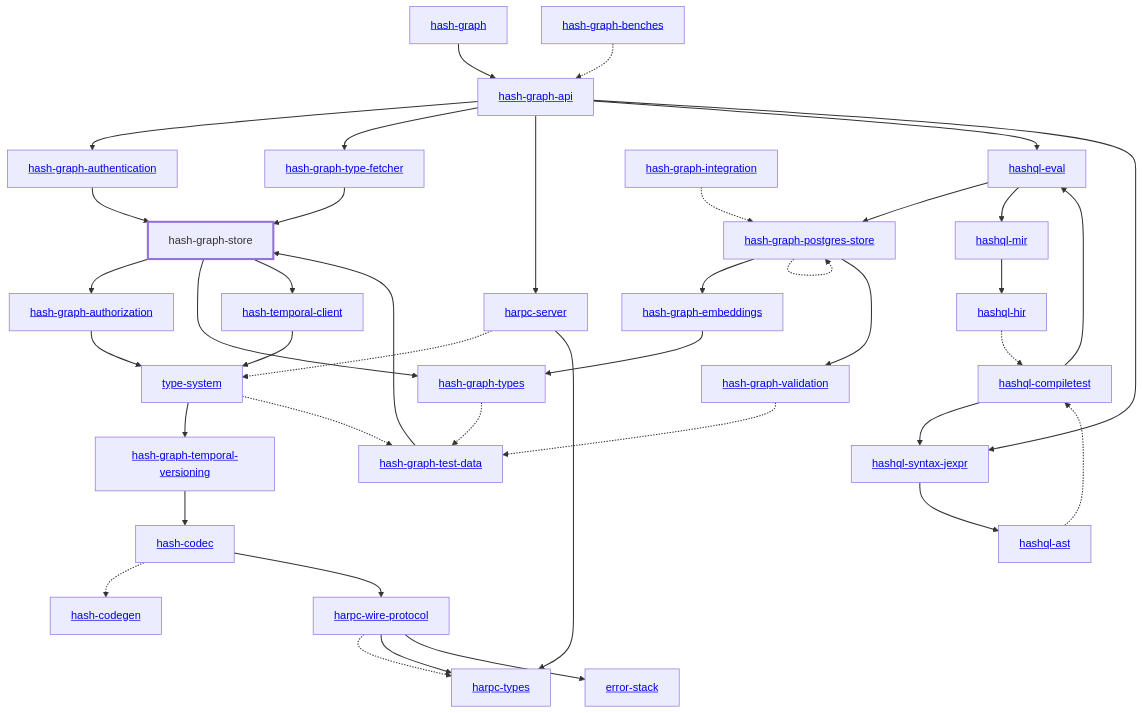
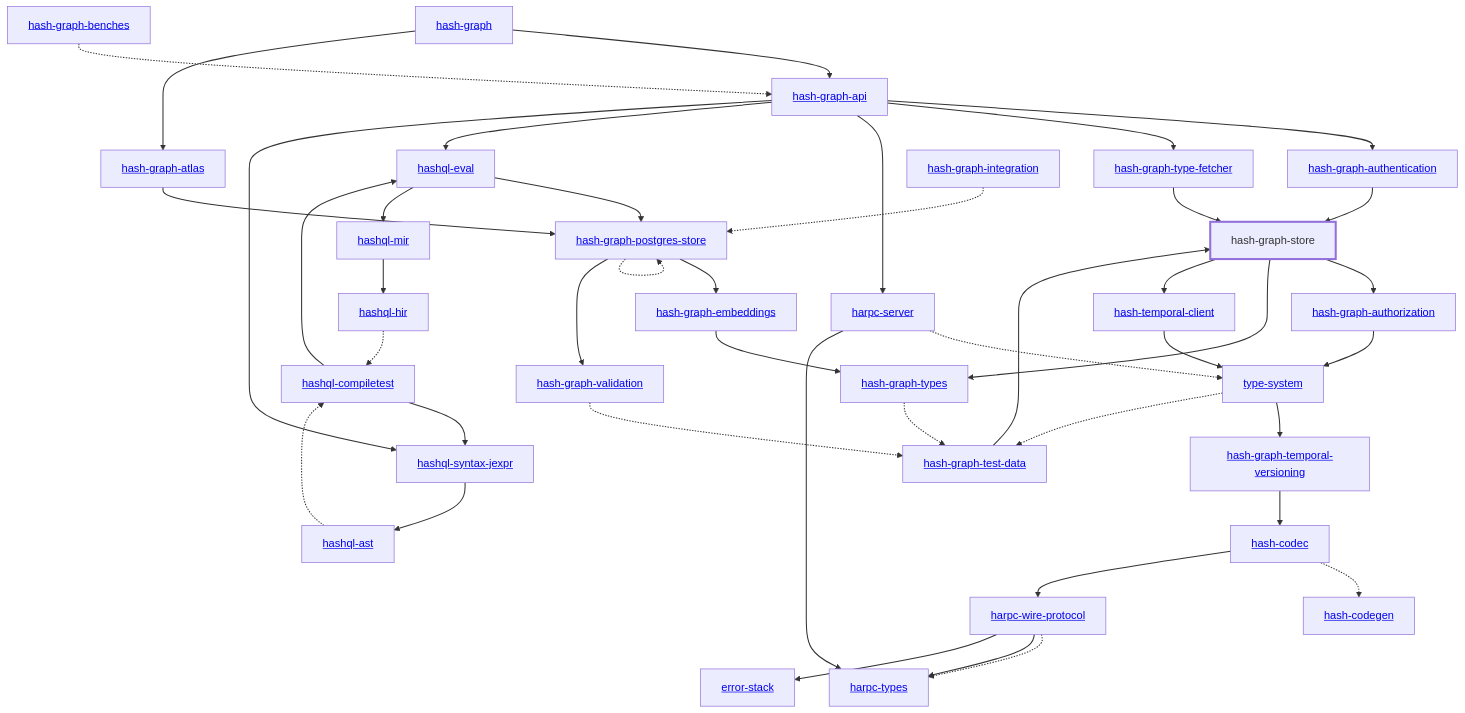
The diagram in libs/@local/graph/store/docs/dependency-diagram.mmd (hashintel/hash), drawn with Mermaid before and after one commit. The commit also changed 28 other files, not shown here.

Commit message:
chore: update graph dependency diagrams

```diff
--- a/libs/@local/graph/store/docs/dependency-diagram.mmd
+++ b/libs/@local/graph/store/docs/dependency-diagram.mmd
@@ -1,79 +1,82 @@
 graph TD
     linkStyle default stroke-width:1.5px
     classDef default stroke-width:1px
     classDef root stroke-width:3px
     classDef dev stroke-width:1px
     classDef build stroke-width:1px
     %% Legend
     %% --> : Normal dependency
     %% -.-> : Dev dependency
     %% ---> : Build dependency
     0[<a href="../hash_graph/index.html">hash-graph</a>]
     1[<a href="../type_system/index.html">type-system</a>]
     2[<a href="../hash_codec/index.html">hash-codec</a>]
     3[<a href="../hash_codegen/index.html">hash-codegen</a>]
     4[<a href="../hash_graph_api/index.html">hash-graph-api</a>]
-    5[<a href="../hash_graph_authentication/index.html">hash-graph-authentication</a>]
-    6[<a href="../hash_graph_authorization/index.html">hash-graph-authorization</a>]
-    7[<a href="../hash_graph_embeddings/index.html">hash-graph-embeddings</a>]
-    8[<a href="../hash_graph_postgres_store/index.html">hash-graph-postgres-store</a>]
-    9[hash-graph-store]
-    class 9 root
-    10[<a href="../hash_graph_temporal_versioning/index.html">hash-graph-temporal-versioning</a>]
-    11[<a href="../hash_graph_type_fetcher/index.html">hash-graph-type-fetcher</a>]
-    12[<a href="../hash_graph_types/index.html">hash-graph-types</a>]
-    13[<a href="../hash_graph_validation/index.html">hash-graph-validation</a>]
-    14[<a href="../harpc_server/index.html">harpc-server</a>]
-    15[<a href="../harpc_types/index.html">harpc-types</a>]
-    16[<a href="../harpc_wire_protocol/index.html">harpc-wire-protocol</a>]
-    17[<a href="../hashql_ast/index.html">hashql-ast</a>]
-    18[<a href="../hashql_compiletest/index.html">hashql-compiletest</a>]
-    19[<a href="../hashql_eval/index.html">hashql-eval</a>]
-    20[<a href="../hashql_hir/index.html">hashql-hir</a>]
-    21[<a href="../hashql_mir/index.html">hashql-mir</a>]
-    22[<a href="../hashql_syntax_jexpr/index.html">hashql-syntax-jexpr</a>]
-    23[<a href="../hash_temporal_client/index.html">hash-temporal-client</a>]
-    24[<a href="../error_stack/index.html">error-stack</a>]
-    25[<a href="../hash_graph_benches/index.html">hash-graph-benches</a>]
-    26[<a href="../hash_graph_integration/index.html">hash-graph-integration</a>]
-    27[<a href="../hash_graph_test_data/index.html">hash-graph-test-data</a>]
+    5[<a href="../hash_graph_atlas/index.html">hash-graph-atlas</a>]
+    6[<a href="../hash_graph_authentication/index.html">hash-graph-authentication</a>]
+    7[<a href="../hash_graph_authorization/index.html">hash-graph-authorization</a>]
+    8[<a href="../hash_graph_embeddings/index.html">hash-graph-embeddings</a>]
+    9[<a href="../hash_graph_postgres_store/index.html">hash-graph-postgres-store</a>]
+    10[hash-graph-store]
+    class 10 root
+    11[<a href="../hash_graph_temporal_versioning/index.html">hash-graph-temporal-versioning</a>]
+    12[<a href="../hash_graph_type_fetcher/index.html">hash-graph-type-fetcher</a>]
+    13[<a href="../hash_graph_types/index.html">hash-graph-types</a>]
+    14[<a href="../hash_graph_validation/index.html">hash-graph-validation</a>]
+    15[<a href="../harpc_server/index.html">harpc-server</a>]
+    16[<a href="../harpc_types/index.html">harpc-types</a>]
+    17[<a href="../harpc_wire_protocol/index.html">harpc-wire-protocol</a>]
+    18[<a href="../hashql_ast/index.html">hashql-ast</a>]
+    19[<a href="../hashql_compiletest/index.html">hashql-compiletest</a>]
+    20[<a href="../hashql_eval/index.html">hashql-eval</a>]
+    21[<a href="../hashql_hir/index.html">hashql-hir</a>]
+    22[<a href="../hashql_mir/index.html">hashql-mir</a>]
+    23[<a href="../hashql_syntax_jexpr/index.html">hashql-syntax-jexpr</a>]
+    24[<a href="../hash_temporal_client/index.html">hash-temporal-client</a>]
+    25[<a href="../error_stack/index.html">error-stack</a>]
+    26[<a href="../hash_graph_benches/index.html">hash-graph-benches</a>]
+    27[<a href="../hash_graph_integration/index.html">hash-graph-integration</a>]
+    28[<a href="../hash_graph_test_data/index.html">hash-graph-test-data</a>]
     0 --> 4
-    1 --> 10
-    1 -.-> 27
+    0 --> 5
+    1 --> 11
+    1 -.-> 28
     2 -.-> 3
-    2 --> 16
-    4 --> 5
-    4 --> 11
-    4 --> 14
-    4 --> 19
-    4 --> 22
+    2 --> 17
+    4 --> 6
+    4 --> 12
+    4 --> 15
+    4 --> 20
+    4 --> 23
     5 --> 9
-    6 --> 1
-    7 --> 12
-    8 --> 7
-    8 -.-> 8
+    6 --> 10
+    7 --> 1
     8 --> 13
-    9 --> 6
-    9 --> 12
-    9 --> 23
-    10 --> 2
-    11 --> 9
-    12 -.-> 27
-    13 -.-> 27
-    14 -.-> 1
-    14 --> 15
-    16 -.-> 15
-    16 --> 15
-    16 --> 24
-    17 -.-> 18
-    18 --> 19
-    18 --> 22
-    19 --> 8
-    19 --> 21
-    20 -.-> 18
-    21 --> 20
-    22 --> 17
-    23 --> 1
-    25 -.-> 4
-    26 -.-> 8
-    27 --> 9
+    9 --> 8
+    9 -.-> 9
+    9 --> 14
+    10 --> 7
+    10 --> 13
+    10 --> 24
+    11 --> 2
+    12 --> 10
+    13 -.-> 28
+    14 -.-> 28
+    15 -.-> 1
+    15 --> 16
+    17 -.-> 16
+    17 --> 16
+    17 --> 25
+    18 -.-> 19
+    19 --> 20
+    19 --> 23
+    20 --> 9
+    20 --> 22
+    21 -.-> 19
+    22 --> 21
+    23 --> 18
+    24 --> 1
+    26 -.-> 4
+    27 -.-> 9
+    28 --> 10
```
